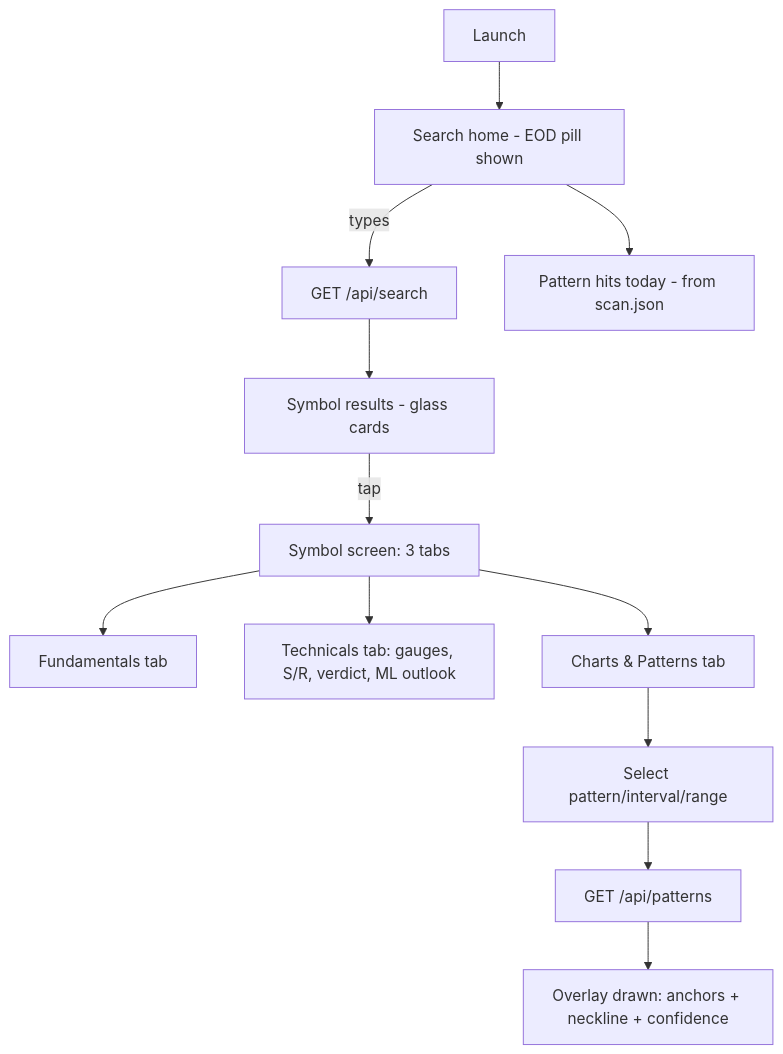
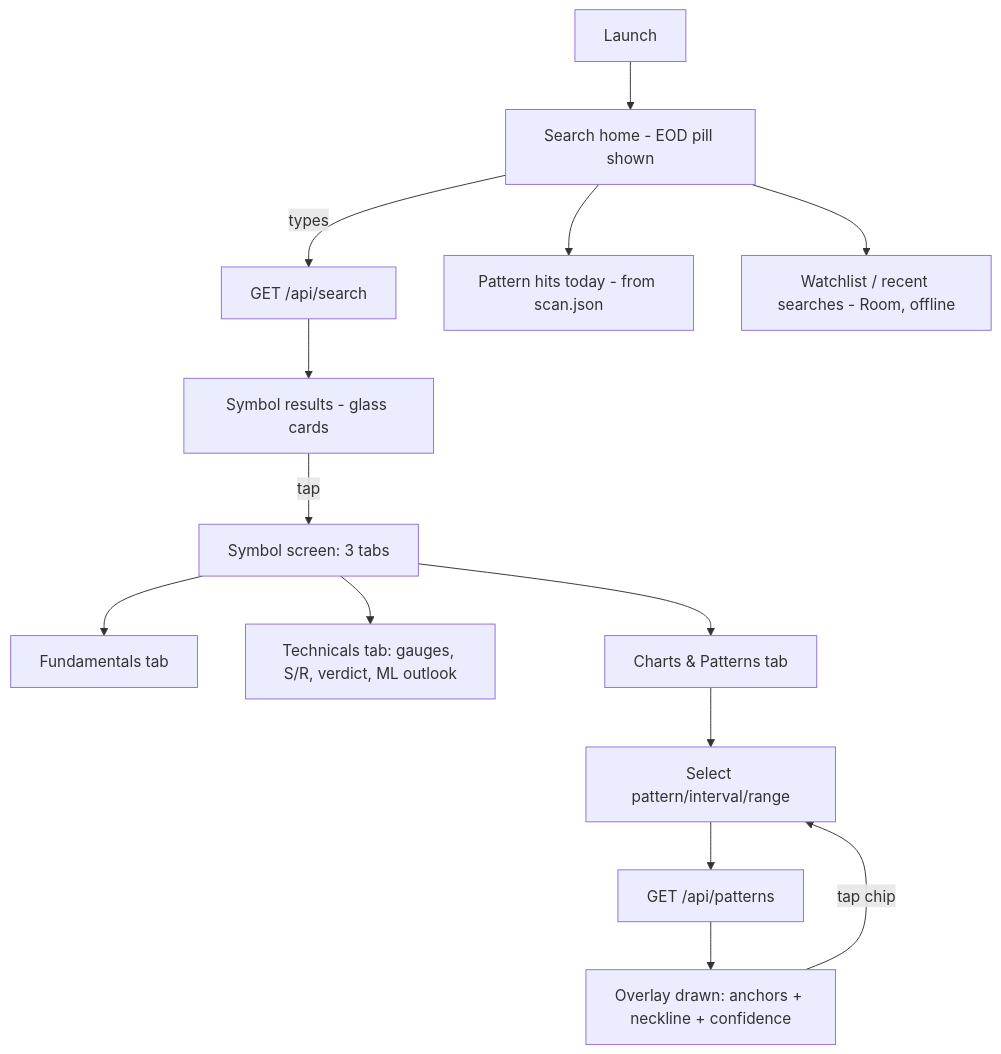
The second of 5 diagrams in design/plan.md (5r1n1dh1/TechnicalPatternAnalysis), drawn with Mermaid before and after one commit. The commit also changed other lines of this file, not shown here.

````diff
--- a/design/plan.md
+++ b/design/plan.md
@@ -238,14 +349,16 @@
 ```mermaid
 flowchart TD
     A[Launch] --> B[Search home - EOD pill shown]
     B -->|types| C[GET /api/search]
     C --> D[Symbol results - glass cards]
     D -->|tap| E[Symbol screen: 3 tabs]
     E --> F[Fundamentals tab]
     E --> G[Technicals tab: gauges, S/R, verdict, ML outlook]
     E --> H[Charts & Patterns tab]
     H --> I[Select pattern/interval/range]
     I --> J[GET /api/patterns]
     J --> K[Overlay drawn: anchors + neckline + confidence]
+    K -->|tap chip| I
     B --> L[Pattern hits today - from scan.json]
+    B --> M[Watchlist / recent searches - Room, offline]
 ```
````
